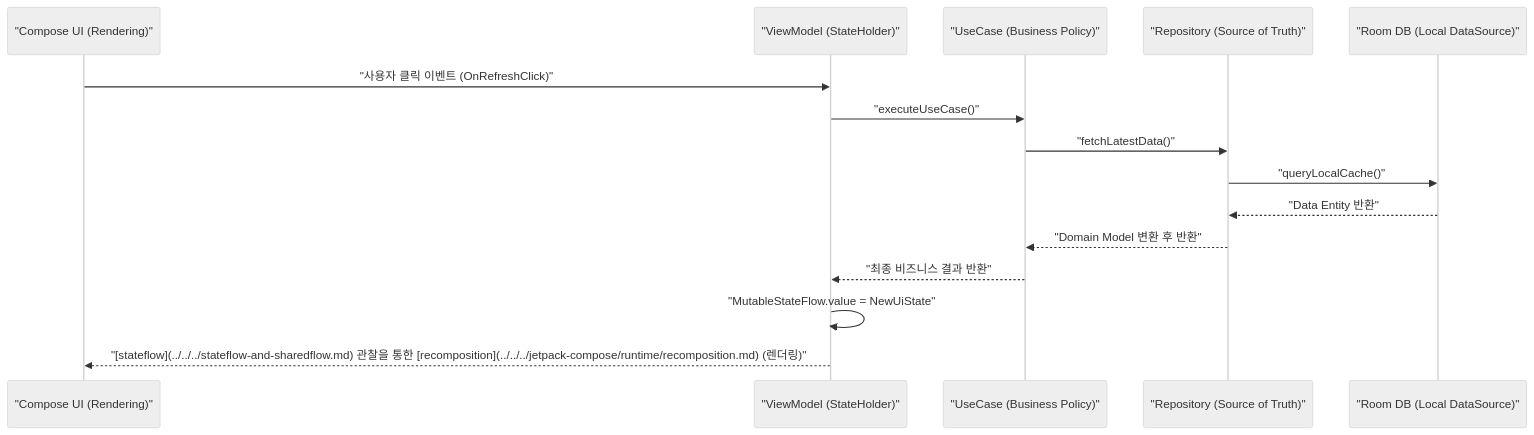
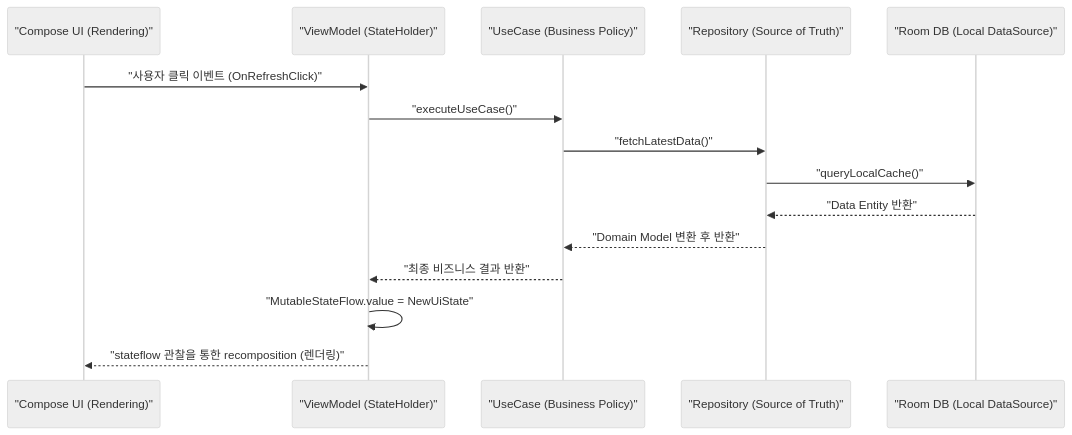
The diagram in 01_inbox/mobile/android/02_app_framework/architecture/jetpack-architecture/architecture-contracts/ui-domain-data-layers-separate-rendering-policy-and-source-of-truth.md (youngmin-gwon/what-i-studied), drawn with Mermaid (neutral theme) before and after one commit. The commit also changed 68 other files, not shown here.

````diff
--- a/01_inbox/mobile/android/02_app_framework/architecture/jetpack-architecture/architecture-contracts/ui-domain-data-layers-separate-rendering-policy-and-source-of-truth.md
+++ b/01_inbox/mobile/android/02_app_framework/architecture/jetpack-architecture/architecture-contracts/ui-domain-data-layers-separate-rendering-policy-and-source-of-truth.md
@@ -35,18 +35,18 @@
 ```mermaid
 sequenceDiagram
     participant UI as "Compose UI (Rendering)"
     participant VM as "ViewModel (StateHolder)"
     participant UC as "UseCase (Business Policy)"
     participant Repo as "Repository (Source of Truth)"
     participant Room as "Room DB (Local DataSource)"
 
     UI->>VM: "사용자 클릭 이벤트 (OnRefreshClick)"
     VM->>UC: "executeUseCase()"
     UC->>Repo: "fetchLatestData()"
     Repo->>Room: "queryLocalCache()"
     Room-->>Repo: "Data Entity 반환"
     Repo-->>UC: "Domain Model 변환 후 반환"
     UC-->>VM: "최종 비즈니스 결과 반환"
     VM->>VM: "MutableStateFlow.value = NewUiState"
-    VM-->>UI: "[stateflow](../../../stateflow-and-sharedflow.md) 관찰을 통한 [recomposition](../../../jetpack-compose/runtime/recomposition.md) (렌더링)"
+    VM-->>UI: "stateflow 관찰을 통한 recomposition (렌더링)"
 ```
````
